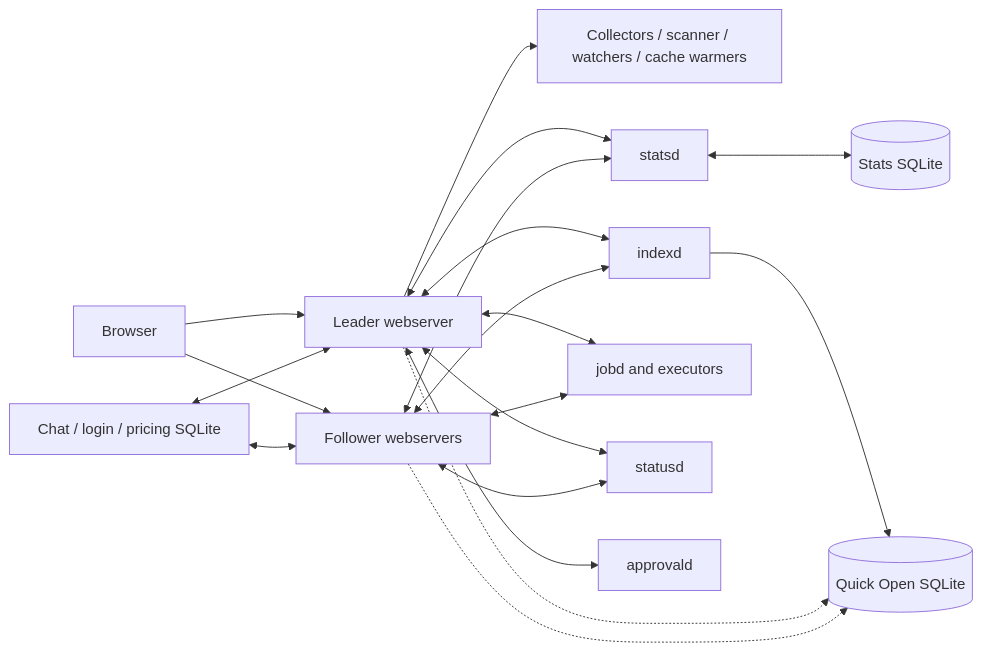
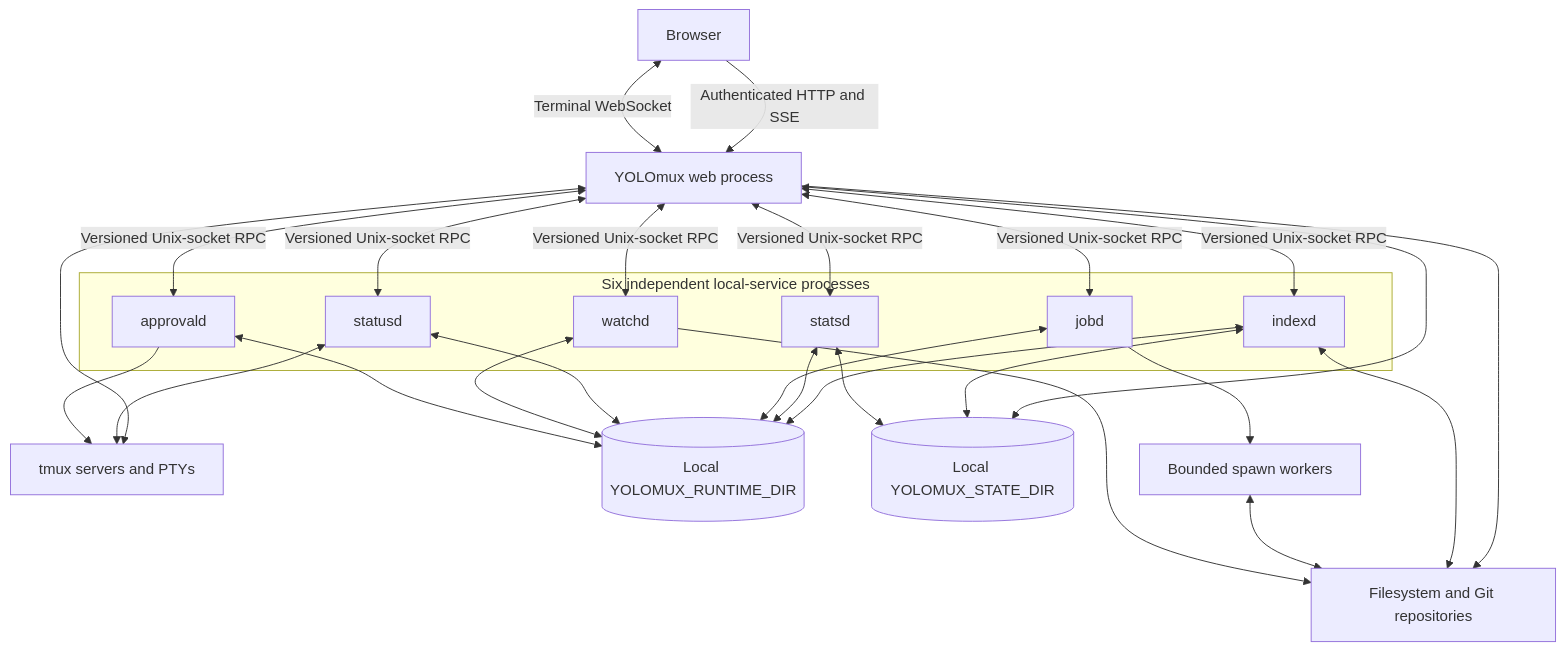
The first of 2 diagrams in docs/specs/BACKEND_ARCHITECTURE.md (keivenchang/yolomux), drawn with Mermaid before and after one commit. The commit also changed other lines of this file and 26 other files, not shown here.

````diff
--- a/docs/specs/BACKEND_ARCHITECTURE.md
+++ b/docs/specs/BACKEND_ARCHITECTURE.md
@@ -78,21 +7,45 @@
 ```mermaid
-flowchart LR
-    browser[Browser] --> web1[Leader webserver]
-    browser --> web2[Follower webservers]
-    web1 --> local[Collectors / scanner / watchers / cache warmers]
-    web1 <--> statsd[statsd]
-    web2 <--> statsd
-    statsd <--> statsdb[(Stats SQLite)]
-    web1 <--> indexd[indexd]
-    web2 <--> indexd
-    indexd --> indexdb[(Quick Open SQLite)]
-    web1 -.-> indexdb
-    web2 -.-> indexdb
-    web1 <--> jobd[jobd and executors]
-    web2 <--> jobd
-    web1 <--> statusd[statusd]
-    web2 <--> statusd
-    web1 <--> approvald[approvald]
-    otherdb[Chat / login / pricing SQLite] <--> web1
-    otherdb <--> web2
+flowchart TB
+    browser[Browser]
+    web[YOLOmux web process]
+    tmux[tmux servers and PTYs]
+    filesystem[Filesystem and Git repositories]
+    runtime[(Local YOLOMUX_RUNTIME_DIR)]
+    state[(Local YOLOMUX_STATE_DIR)]
+
+    browser -->|Authenticated HTTP and SSE| web
+    browser <-->|Terminal WebSocket| web
+    web <--> tmux
+    web --> filesystem
+    web <--> state
+
+    subgraph services[Six independent local-service processes]
+        indexd[indexd]
+        statsd[statsd]
+        jobd[jobd]
+        statusd[statusd]
+        watchd[watchd]
+        approvald[approvald]
+    end
+
+    web <-->|Versioned Unix-socket RPC| indexd
+    web <-->|Versioned Unix-socket RPC| statsd
+    web <-->|Versioned Unix-socket RPC| jobd
+    web <-->|Versioned Unix-socket RPC| statusd
+    web <-->|Versioned Unix-socket RPC| watchd
+    web <-->|Versioned Unix-socket RPC| approvald
+    indexd <--> filesystem
+    jobd --> workers[Bounded spawn workers]
+    workers <--> filesystem
+    statusd <--> tmux
+    watchd --> filesystem
+    approvald --> tmux
+    indexd <--> runtime
+    statsd <--> runtime
+    jobd <--> runtime
+    statusd <--> runtime
+    watchd <--> runtime
+    approvald <--> runtime
+    indexd <--> state
+    statsd <--> state
 ```
````
